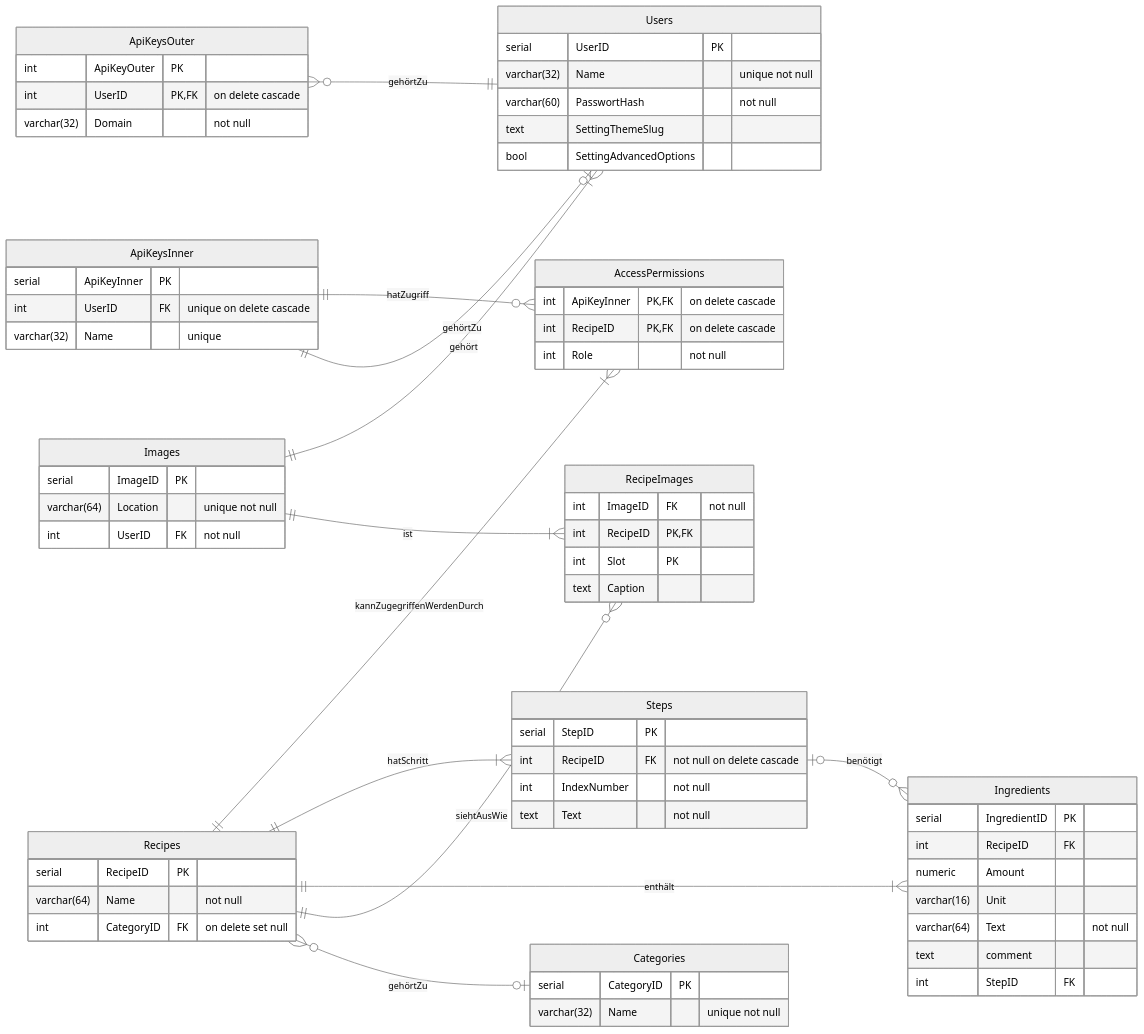
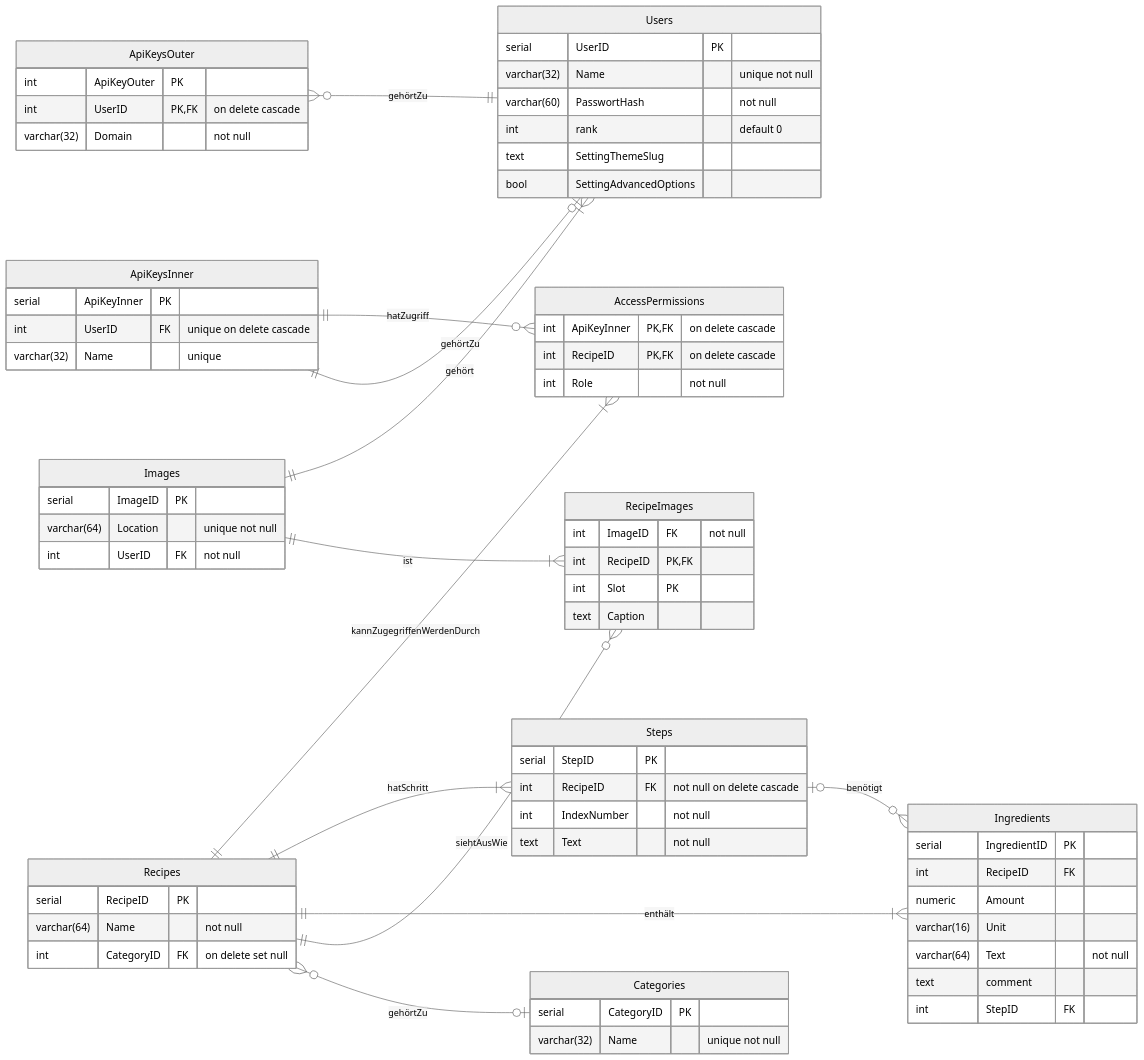
Before and after one commit to juve33/kochbuch: the diagram in db.md, drawn with Mermaid (neutral theme).

Commit message:
added ranks to er diagram aswell

```diff
--- a/db.md
+++ b/db.md
@@ -8,6 +8,7 @@
     serial UserID PK
     varchar(32) Name "unique not null"
     varchar(60) PasswortHash "not null"
+    int rank "default 0"
     text SettingThemeSlug
     bool SettingAdvancedOptions
 }
```
